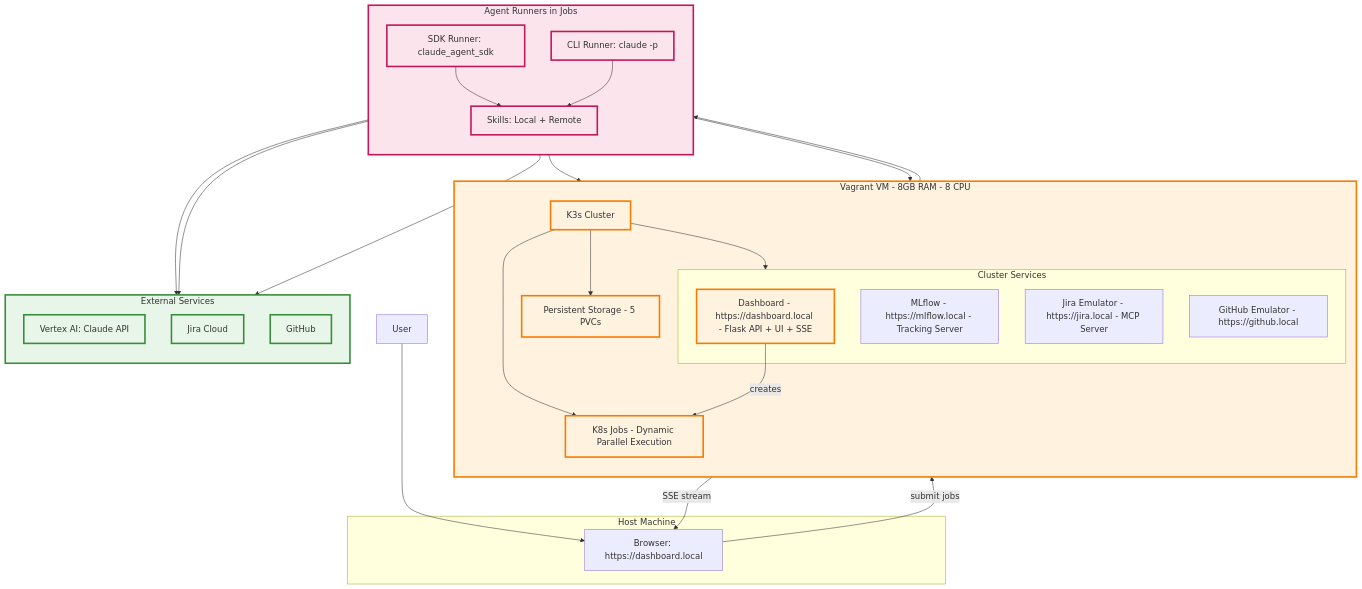
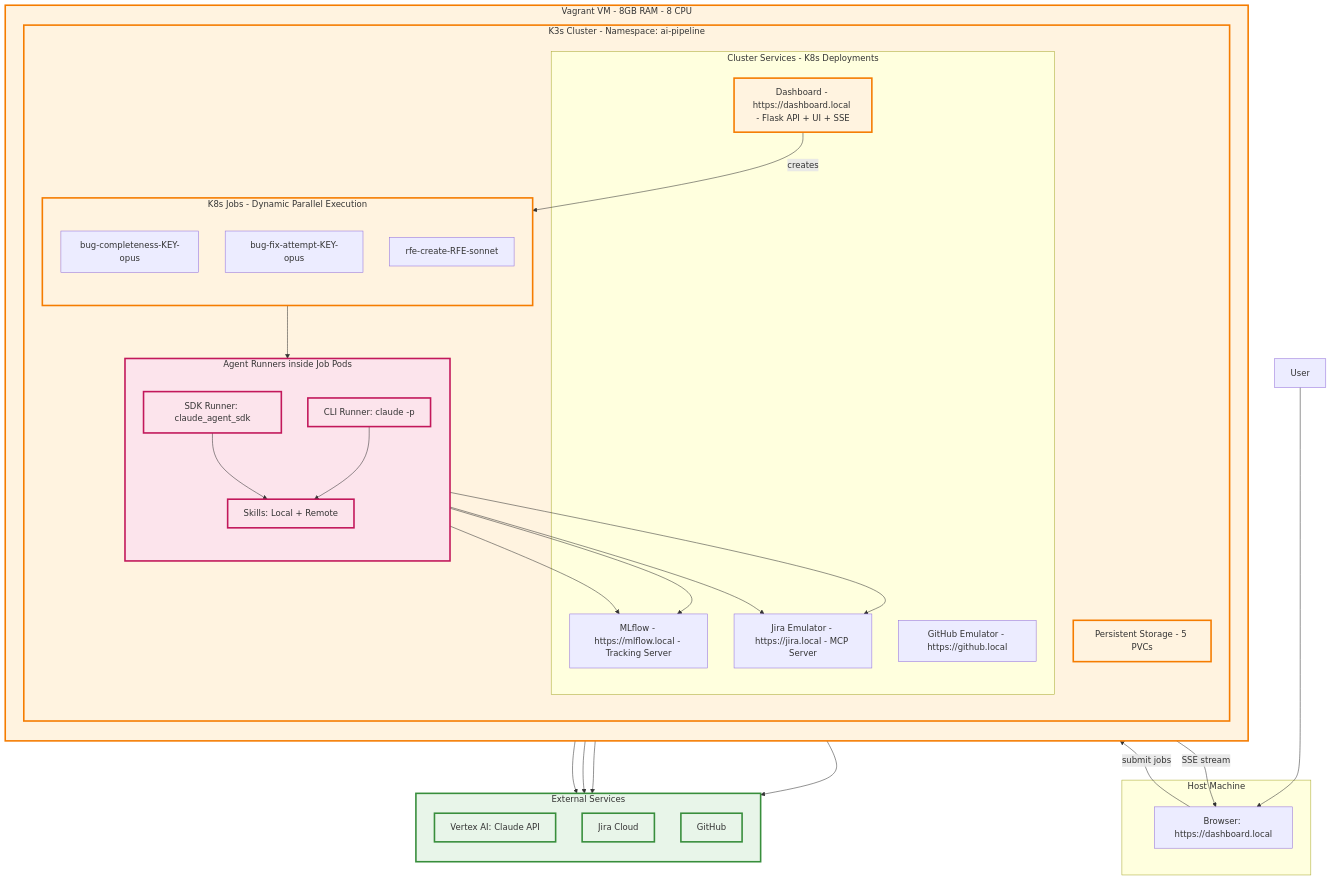
Before and after one commit to jctanner/ai-first-pipeline: the diagram in docs/architecture-overview.mmd, drawn with Mermaid.

Commit message:
Fix architecture overview to show Jobs and Runners inside K3s cluster
Jobs and Agent Runners were incorrectly shown as separate top-level
components. They're actually inside the K3s cluster namespace.

Updated nesting:
- VM → K3s Cluster → Jobs → Runners (inside pods)
- Storage, Services, Jobs, and Runners all inside K3s namespace

```diff
--- a/docs/architecture-overview.mmd
+++ b/docs/architecture-overview.mmd
@@ -1,65 +1,71 @@
 graph TB
     User["User"]
 
     subgraph Host["Host Machine"]
         Browser["Browser: https://dashboard.local"]
     end
 
     subgraph VM["Vagrant VM - 8GB RAM - 8 CPU"]
         direction TB
 
-        K3s["K3s Cluster"]
-        Storage["Persistent Storage - 5 PVCs"]
+        subgraph K3s["K3s Cluster - Namespace: ai-pipeline"]
+            direction TB
 
-        subgraph Services["Cluster Services"]
-            Dashboard["Dashboard - https://dashboard.local - Flask API + UI + SSE"]
-            MLflow["MLflow - https://mlflow.local - Tracking Server"]
-            JiraEmu["Jira Emulator - https://jira.local - MCP Server"]
-            GitHubEmu["GitHub Emulator - https://github.local"]
+            Storage["Persistent Storage - 5 PVCs"]
+
+            subgraph Services["Cluster Services - K8s Deployments"]
+                Dashboard["Dashboard - https://dashboard.local - Flask API + UI + SSE"]
+                MLflow["MLflow - https://mlflow.local - Tracking Server"]
+                JiraEmu["Jira Emulator - https://jira.local - MCP Server"]
+                GitHubEmu["GitHub Emulator - https://github.local"]
+            end
+
+            subgraph Jobs["K8s Jobs - Dynamic Parallel Execution"]
+                direction TB
+                Job1["bug-completeness-KEY-opus"]
+                Job2["bug-fix-attempt-KEY-opus"]
+                Job3["rfe-create-RFE-sonnet"]
+            end
+
+            subgraph Runners["Agent Runners inside Job Pods"]
+                direction TB
+                SDKRunner["SDK Runner: claude_agent_sdk"]
+                CLIRunner["CLI Runner: claude -p"]
+                Skills["Skills: Local + Remote"]
+            end
+
+            Dashboard -->|creates| Jobs
+            Jobs --> Runners
+            SDKRunner --> Skills
+            CLIRunner --> Skills
         end
-
-        Jobs["K8s Jobs - Dynamic Parallel Execution"]
-
-        K3s --> Storage
-        K3s --> Services
-        K3s --> Jobs
-        Dashboard -->|creates| Jobs
-    end
-
-    subgraph Runners["Agent Runners in Jobs"]
-        direction TB
-        SDKRunner["SDK Runner: claude_agent_sdk"]
-        CLIRunner["CLI Runner: claude -p"]
-        Skills["Skills: Local + Remote"]
-
-        SDKRunner --> Skills
-        CLIRunner --> Skills
     end
 
     subgraph External["External Services"]
         direction TB
         VertexAI["Vertex AI: Claude API"]
         JiraCloud["Jira Cloud"]
         GitHub["GitHub"]
     end
 
     User --> Browser
 
     Browser -->|submit jobs| Dashboard
     Dashboard -->|SSE stream| Browser
 
-    Jobs --> Runners
-
-    Runners --> VertexAI
-    Runners --> MLflow
-    Runners --> JiraEmu
-    Runners --> JiraCloud
-    Runners --> GitHub
+    SDKRunner --> VertexAI
+    CLIRunner --> VertexAI
+    SDKRunner --> MLflow
+    CLIRunner --> MLflow
+    SDKRunner --> JiraEmu
+    CLIRunner --> JiraEmu
+    SDKRunner --> JiraCloud
+    CLIRunner --> GitHub
 
     classDef vm fill:#fff3e0,stroke:#f57c00,stroke-width:3px
     classDef runner fill:#fce4ec,stroke:#c2185b,stroke-width:3px
     classDef external fill:#e8f5e9,stroke:#388e3c,stroke-width:3px
 
     class VM,K3s,Storage,Dashboard,Jobs vm
     class Runners,SDKRunner,CLIRunner,Skills runner
     class External,VertexAI,JiraCloud,GitHub external
```
